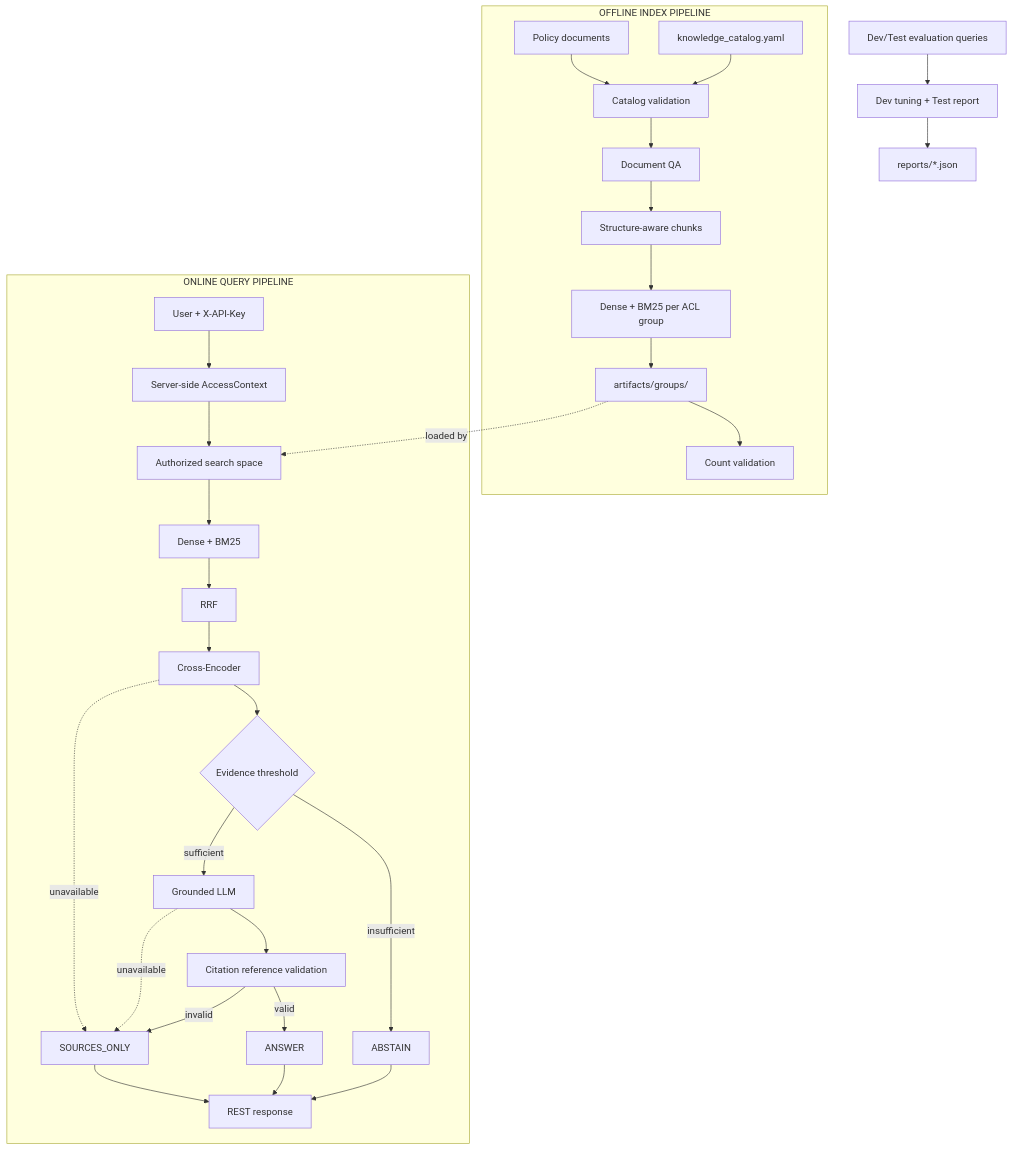
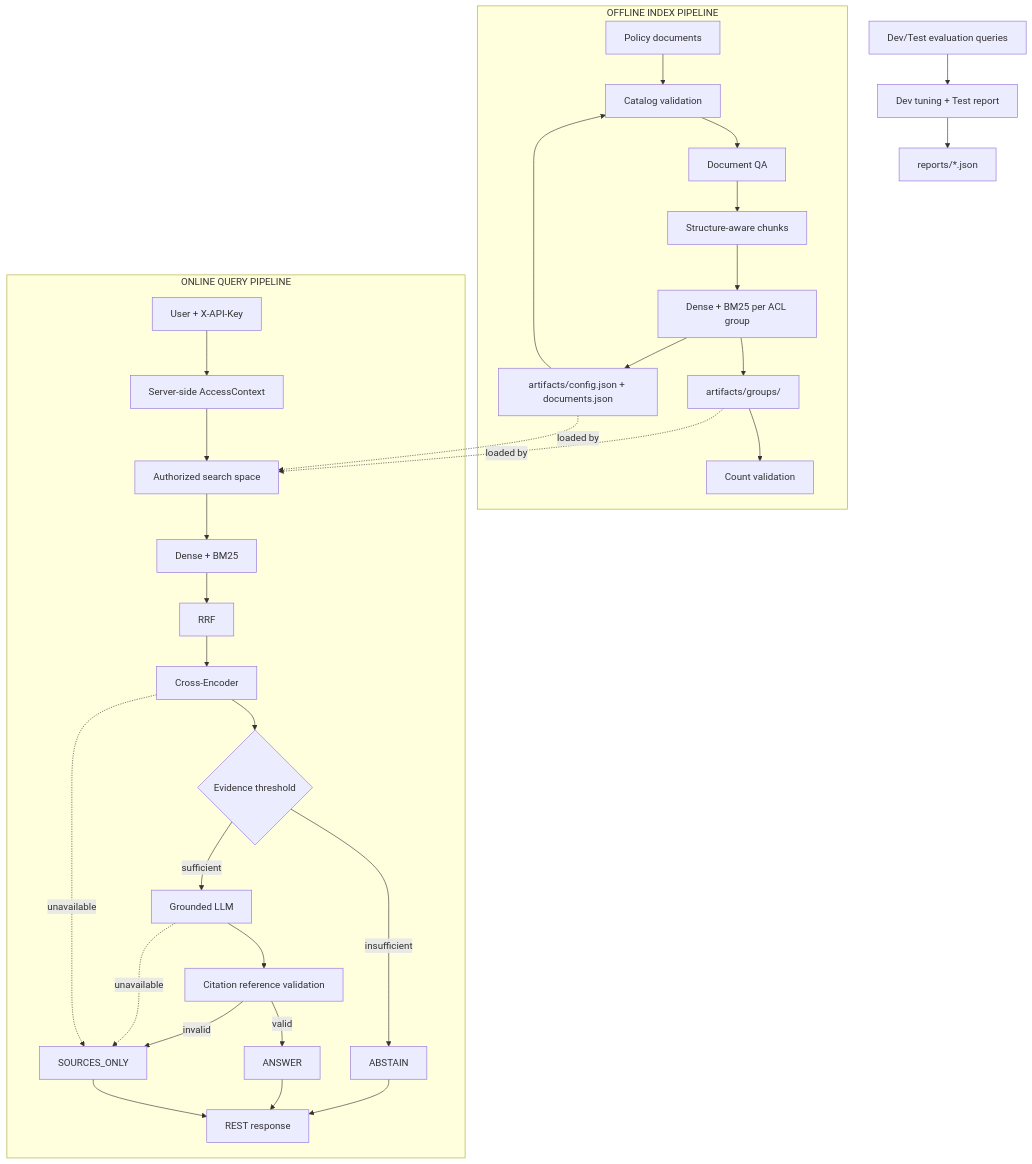
One commit to haminhthong/Vietnamese-Policy-RAG-Assistant changed the diagram in README.md. Above: the diagram before and after it, drawn with Mermaid. The commit also changed other lines of this file and 2 other files, not shown here.

```diff
--- a/README.md
+++ b/README.md
@@ -39,35 +39,37 @@
 ~~~mermaid
 flowchart TD
     subgraph OFFLINE["OFFLINE INDEX PIPELINE"]
         D["Policy documents"] --> C["Catalog validation"]
         M["knowledge_catalog.yaml"] --> C
         C --> Q["Document QA"]
         Q --> K["Structure-aware chunks"]
         K --> I["Dense + BM25 per ACL group"]
         I --> A["artifacts/groups/<group>"]
+        I --> M["artifacts/config.json + documents.json"]
         A --> V["Count validation"]
     end
 
     subgraph ONLINE["ONLINE QUERY PIPELINE"]
         U["User + X-API-Key"] --> X["Server-side AccessContext"]
         X --> F["Authorized search space"]
         F --> H["Dense + BM25"]
         H --> R["RRF"]
         R --> E["Cross-Encoder"]
         E --> G{"Evidence threshold"}
         G -->|insufficient| AB["ABSTAIN"]
         G -->|sufficient| L["Grounded LLM"]
         L --> CV["Citation reference validation"]
         CV -->|valid| AN["ANSWER"]
         CV -->|invalid| SO["SOURCES_ONLY"]
         E -. unavailable .-> SO
         L -. unavailable .-> SO
         AB --> O["REST response"]
         AN --> O
         SO --> O
     end
 
     A -. loaded by .-> F
+    M -. loaded by .-> F
     B["Dev/Test evaluation queries"] --> T["Dev tuning + Test report"]
     T --> J["reports/*.json"]
 ~~~
```
